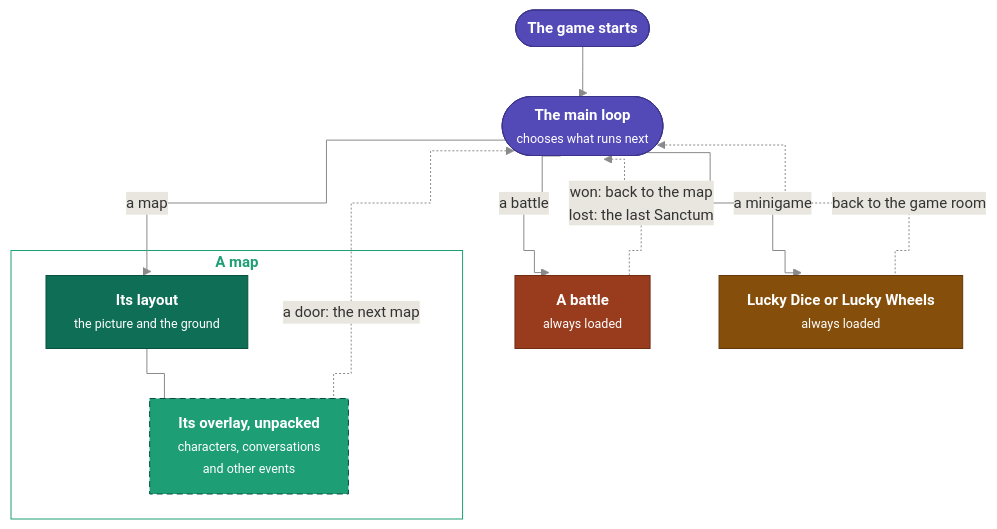
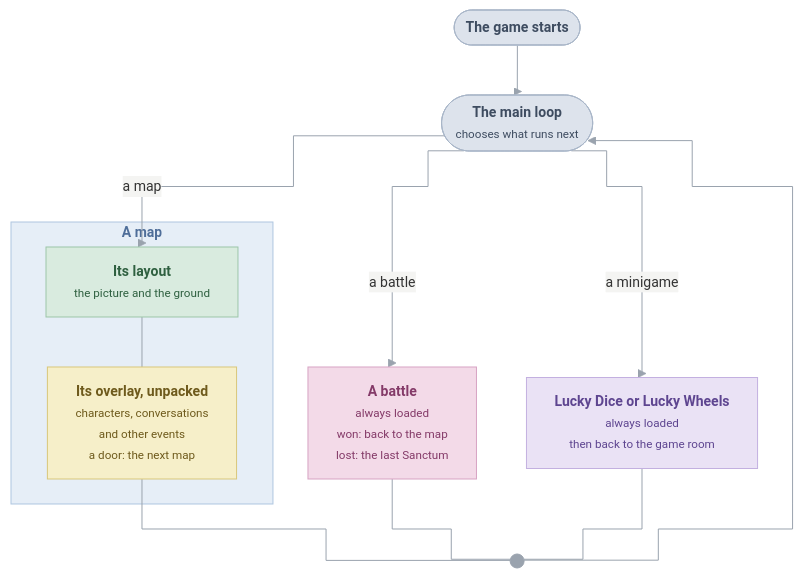
Before and after one commit to PascalPixel/alchemy: the diagram in games/tbs/README.md, drawn with Mermaid.

Commit message:
Front page: the main-loop diagram has one loop, in pastel colours
Every branch returns along one line to the main loop; what each hands back is written in its box.

````diff
--- a/games/tbs/README.md
+++ b/games/tbs/README.md
@@ -29,25 +29,29 @@
 ```mermaid
-%%{init: {"theme": "base", "themeVariables": {"fontFamily": "ui-sans-serif, system-ui, sans-serif", "fontSize": "15px", "lineColor": "#8a8a8a", "edgeLabelBackground": "#E8E6DF", "titleColor": "#1D9E75", "clusterBkg": "transparent", "clusterBorder": "#1D9E75"}, "flowchart": {"curve": "step", "padding": 14}}}%%
+%%{init: {"theme": "base", "themeVariables": {"fontFamily": "ui-monospace, SFMono-Regular, Menlo, monospace", "fontSize": "14px", "lineColor": "#9AA3AE", "edgeLabelBackground": "#F4F4F2", "titleColor": "#4F6E99", "clusterBkg": "#E6EEF7", "clusterBorder": "#AFC6E0"}, "flowchart": {"curve": "step", "padding": 14}}}%%
 flowchart TD
   start(["<b>The game starts</b>"]) --> loop(["<b>The main loop</b><br/><small>chooses what runs next</small>"])
   loop -- "a map" --> layout
-  loop -- "a battle" --> battle["<b>A battle</b><br/><small>always loaded</small>"]
-  loop -- "a minigame" --> mini["<b>Lucky Dice or Lucky Wheels</b><br/><small>always loaded</small>"]
+  loop -- "a battle" --> battle["<b>A battle</b><br/><small>always loaded<br/>won: back to the map<br/>lost: the last Sanctum</small>"]
+  loop -- "a minigame" --> mini["<b>Lucky Dice or Lucky Wheels</b><br/><small>always loaded<br/>then back to the game room</small>"]
   subgraph map ["<b>A map</b>"]
     layout["<b>Its layout</b><br/><small>the picture and the ground</small>"]
-    layout --- overlay["<b>Its overlay, unpacked</b><br/><small>characters, conversations<br/>and other events</small>"]
+    layout --- overlay["<b>Its overlay, unpacked</b><br/><small>characters, conversations<br/>and other events<br/>a door: the next map</small>"]
   end
-  overlay -. "a door: the next map" .-> loop
-  battle -. "won: back to the map<br/>lost: the last Sanctum" .-> loop
-  mini -. "back to the game room" .-> loop
-  classDef flow fill:#534AB7,stroke:#3C3489,color:#ffffff
-  classDef place fill:#0F6E56,stroke:#085041,color:#ffffff
-  classDef scripts fill:#1D9E75,stroke:#085041,color:#ffffff,stroke-dasharray:6 4
-  classDef fight fill:#993C1D,stroke:#712B13,color:#ffffff
-  classDef game fill:#854F0B,stroke:#633806,color:#ffffff
+  overlay --- back(( ))
+  battle --- back
+  mini --- back
+  back --> loop
+  classDef flow fill:#DDE3EC,stroke:#A9B6C8,color:#3E4C60
+  classDef place fill:#D9EBDF,stroke:#9CC5A8,color:#2F6040
+  classDef scripts fill:#F6EFC9,stroke:#D9C77A,color:#6E5A1C
+  classDef fight fill:#F3DAE8,stroke:#D7A3C3,color:#843A68
+  classDef game fill:#EAE2F5,stroke:#C3B0E0,color:#5E4590
+  classDef join fill:#9AA3AE,stroke:#9AA3AE
   class start,loop flow
   class layout place
   class overlay scripts
   class battle fight
   class mini game
+  class back join
+  style back width:8px,height:8px
 ```
````
